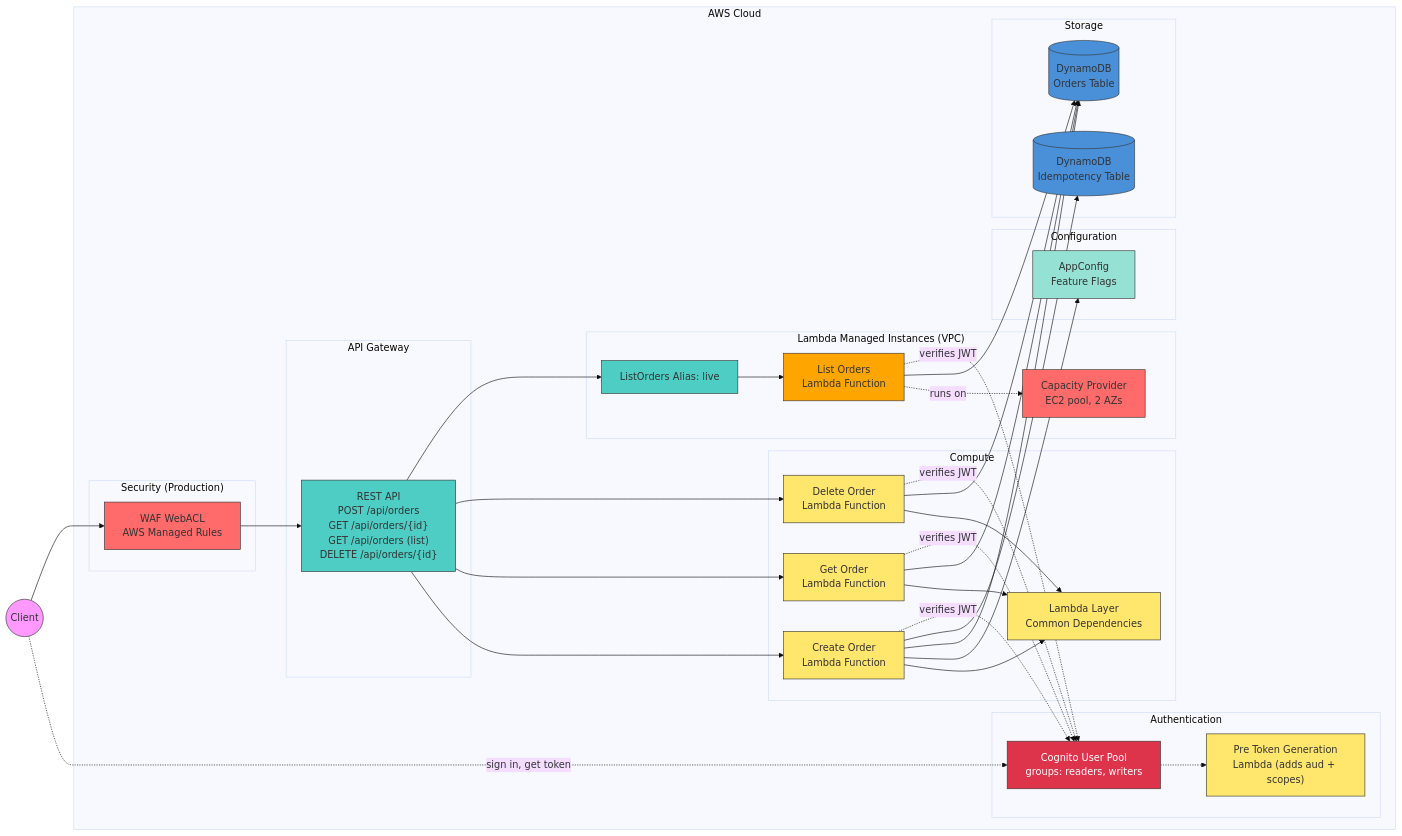
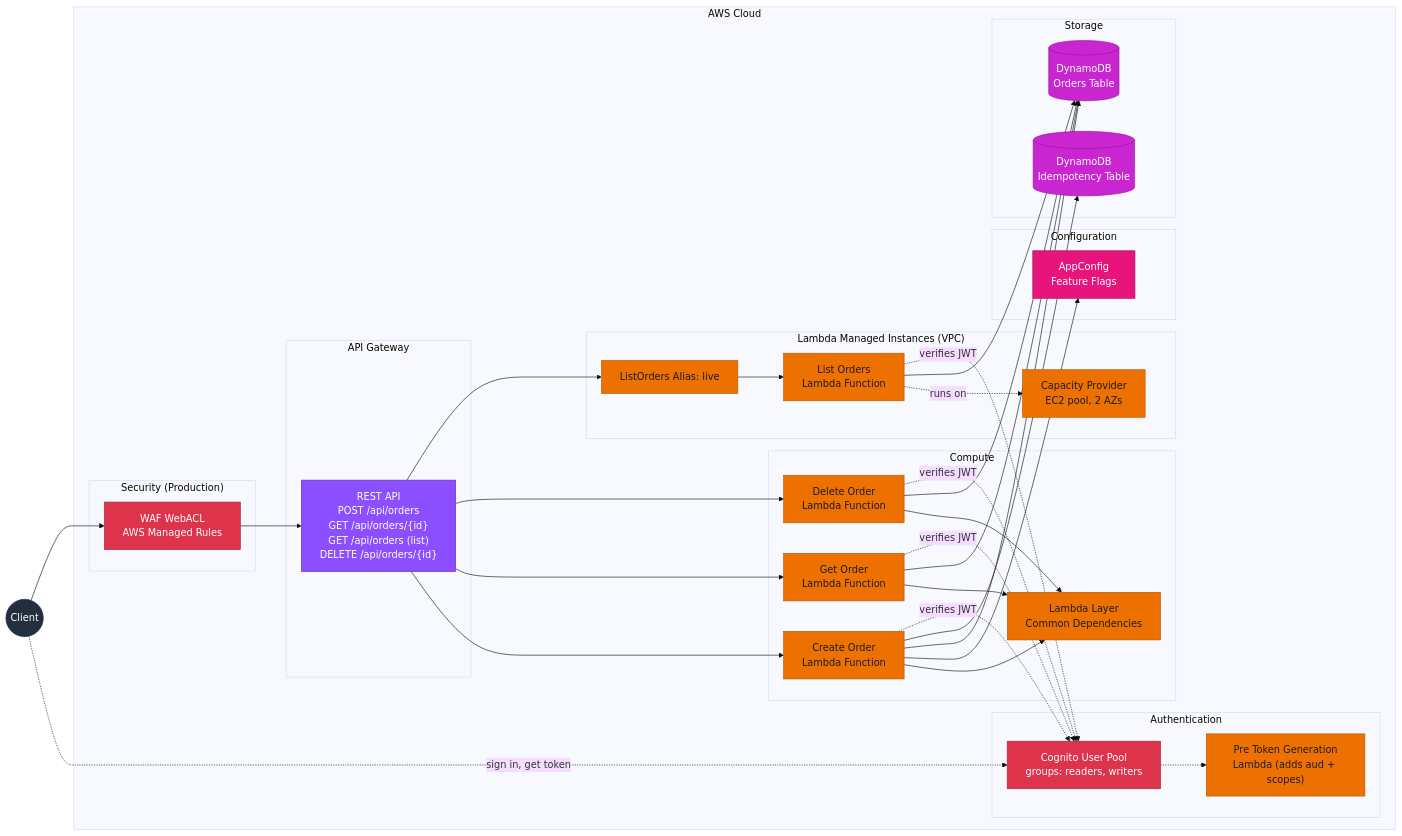
Before and after one commit to ran-isenberg/aws-lambda-handler-cookbook: the first of 2 diagrams in README.md, drawn with Mermaid (base theme). The commit also changed other lines of this file and 10 other files, not shown here.

First line of the commit message:
docs: auth and authorization docs, theme-safe diagrams, sorted lists

````diff
--- a/README.md
+++ b/README.md
@@ -92,79 +92,76 @@
 ```mermaid
 flowchart LR
     subgraph AWS["AWS Cloud"]
         subgraph APIGW["API Gateway"]
             REST["REST API<br/>POST /api/orders<br/>GET /api/orders/{id}<br/>GET /api/orders (list)<br/>DELETE /api/orders/{id}"]
         end
 
         subgraph Security["Security (Production)"]
             WAF["WAF WebACL<br/>AWS Managed Rules"]
         end
 
         subgraph Compute["Compute"]
             CREATE["Create Order<br/>Lambda Function"]
             GET["Get Order<br/>Lambda Function"]
             DELETE["Delete Order<br/>Lambda Function"]
             LAYER["Lambda Layer<br/>Common Dependencies"]
         end
 
         subgraph LMI["Lambda Managed Instances (VPC)"]
             LIST_ALIAS["ListOrders Alias: live"]
             LIST["List Orders<br/>Lambda Function"]
             CP["Capacity Provider<br/>EC2 pool, 2 AZs"]
         end
 
         subgraph Auth["Authentication"]
             COGNITO["Cognito User Pool<br/>groups: readers, writers"]
             PRETOKEN["Pre Token Generation<br/>Lambda (adds aud + scopes)"]
         end
 
         subgraph Config["Configuration"]
             APPCONFIG["AppConfig<br/>Feature Flags"]
         end
 
         subgraph Storage["Storage"]
             DDB[("DynamoDB<br/>Orders Table")]
             IDEMPOTENCY[("DynamoDB<br/>Idempotency Table")]
         end
     end
 
     CLIENT((Client)) -.sign in, get token.-> COGNITO
     COGNITO -.-> PRETOKEN
     CLIENT --> WAF
     WAF --> REST
     REST --> CREATE
     REST --> GET
     REST --> DELETE
     REST --> LIST_ALIAS
     LIST_ALIAS --> LIST
     LIST -.runs on.-> CP
     CREATE --> LAYER
     GET --> LAYER
     DELETE --> LAYER
     CREATE --> APPCONFIG
     CREATE --> DDB
     CREATE --> IDEMPOTENCY
     GET --> DDB
     DELETE --> DDB
     LIST --> DDB
     CREATE -.verifies JWT.-> COGNITO
     GET -.verifies JWT.-> COGNITO
     DELETE -.verifies JWT.-> COGNITO
     LIST -.verifies JWT.-> COGNITO
 
-    style CLIENT fill:#f9f,stroke:#333
-    style WAF fill:#ff6b6b,stroke:#333
-    style REST fill:#4ecdc4,stroke:#333
-    style CREATE fill:#ffe66d,stroke:#333
-    style GET fill:#ffe66d,stroke:#333
-    style DELETE fill:#ffe66d,stroke:#333
-    style LAYER fill:#ffe66d,stroke:#333
-    style LIST fill:#ffa500,stroke:#333
-    style LIST_ALIAS fill:#4ecdc4,stroke:#333
-    style CP fill:#ff6b6b,stroke:#333
-    style APPCONFIG fill:#95e1d3,stroke:#333
-    style COGNITO fill:#dd344c,stroke:#333,color:#fff
-    style PRETOKEN fill:#ffe66d,stroke:#333
-    style DDB fill:#4a90d9,stroke:#333
-    style IDEMPOTENCY fill:#4a90d9,stroke:#333
+    classDef client fill:#232F3E,stroke:#232F3E,color:#fff
+    classDef network fill:#8C4FFF,stroke:#5A30B5,color:#fff
+    classDef security fill:#DD344C,stroke:#A3233A,color:#fff
+    classDef compute fill:#ED7100,stroke:#B35500,color:#1b1b1b
+    classDef database fill:#C925D1,stroke:#8F1A95,color:#fff
+    classDef management fill:#E7157B,stroke:#A50F58,color:#fff
+    class CLIENT client
+    class WAF,COGNITO security
+    class REST network
+    class CREATE,GET,DELETE,LAYER,LIST,LIST_ALIAS,CP,PRETOKEN compute
+    class DDB,IDEMPOTENCY database
+    class APPCONFIG management
 ```
````
